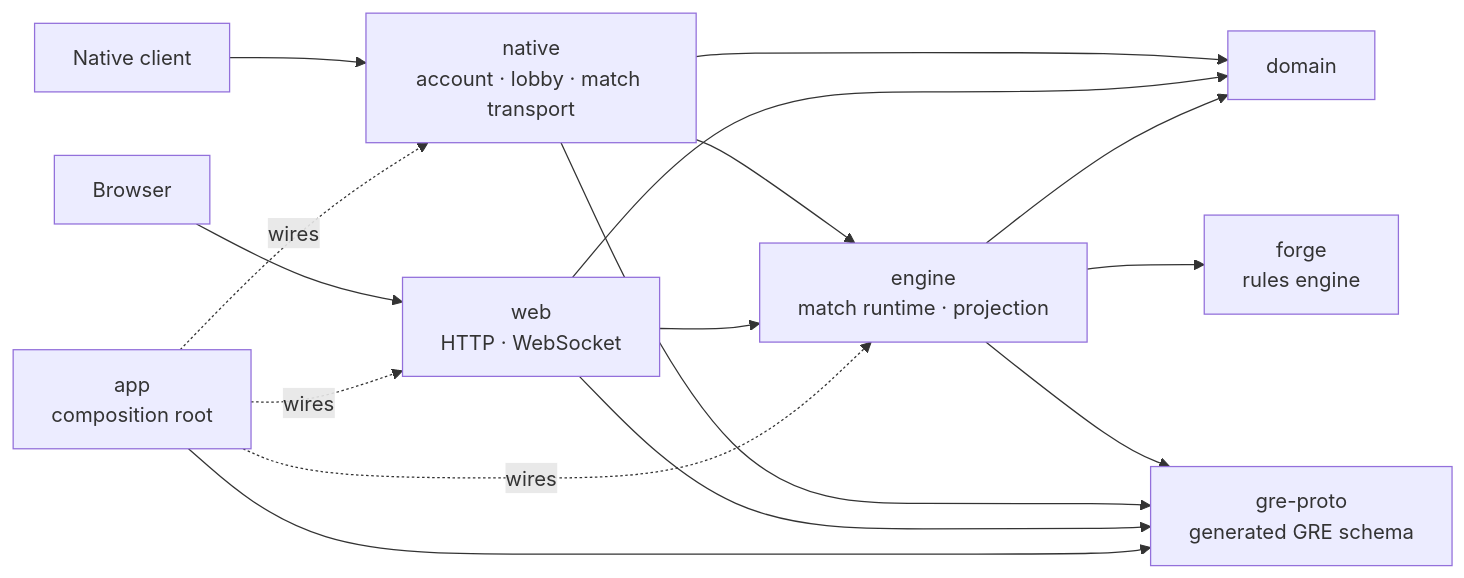
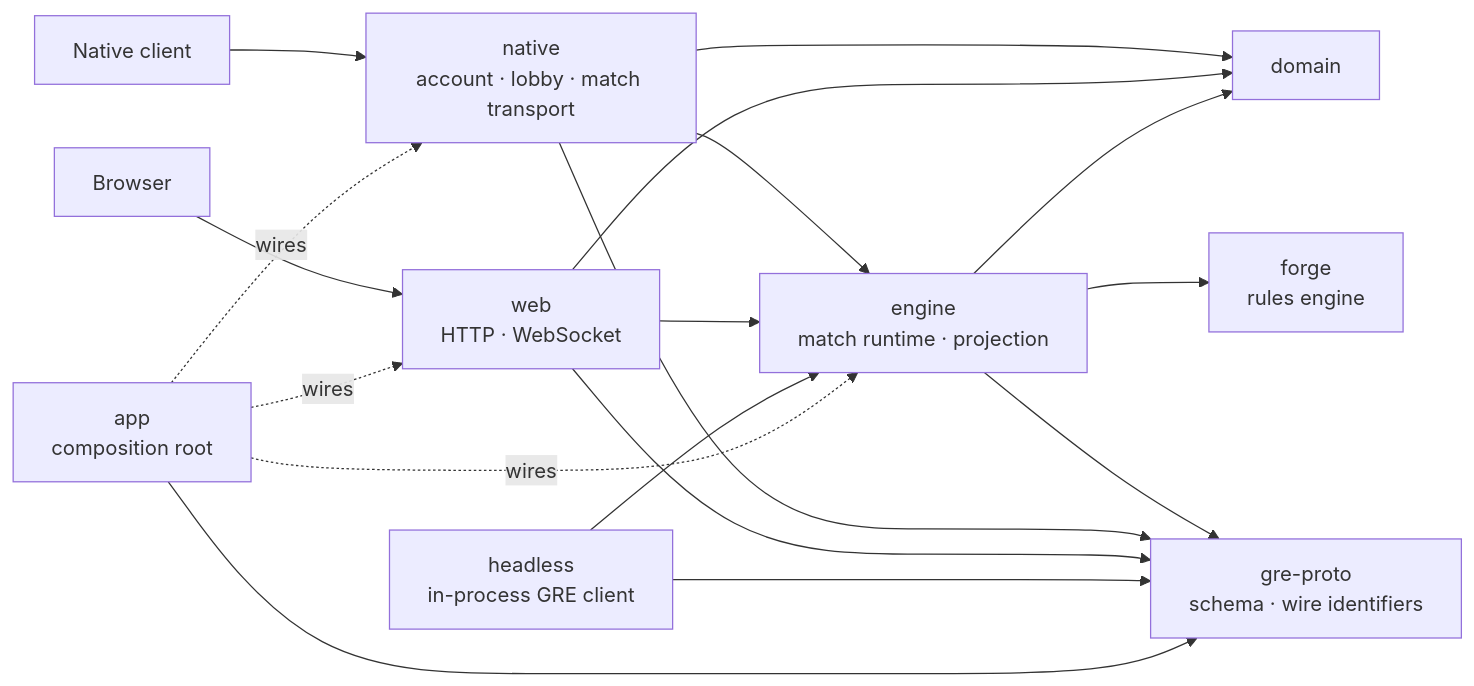
The first of 4 diagrams in docs/architecture.md (delebedev/leyline), drawn with Mermaid before and after one commit. The commit also changed other lines of this file and 79 other files, not shown here.

````diff
--- a/docs/architecture.md
+++ b/docs/architecture.md
@@ -17,18 +18,20 @@
 ```mermaid
 flowchart LR
     NC["Native client"] --> N["native<br/>account · lobby · match transport"]
     B["Browser"] --> W["web<br/>HTTP · WebSocket"]
     N --> E["engine<br/>match runtime · projection"]
     W --> E
+    H["headless<br/>in-process GRE client"] --> E
     N --> D["domain"]
     W --> D
     E --> D
     E --> F["forge<br/>rules engine"]
-    E --> GP["gre-proto<br/>generated GRE schema"]
+    E --> GP["gre-proto<br/>schema · wire identifiers"]
     N --> GP
     W --> GP
+    H --> GP
     A["app<br/>composition root"] --> GP
     A -. "wires" .-> N
     A -. "wires" .-> W
     A -. "wires" .-> E
 ```
````
